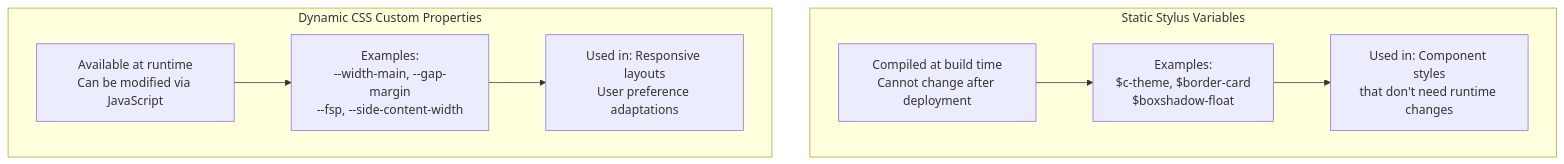
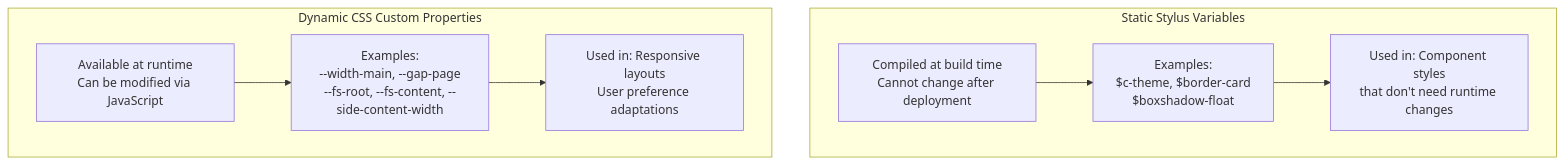
One commit to xaoxuu/hexo-theme-stellar changed the sixth of 7 diagrams in docs/knowledge/01-样式系统/design-tokens.md. Above: the diagram before and after it, drawn with Mermaid. The commit also changed other lines of this file and 41 other files, not shown here.

````diff
--- a/docs/knowledge/01-样式系统/design-tokens.md
+++ b/docs/knowledge/01-样式系统/design-tokens.md
@@ -405,19 +409,19 @@
 ```mermaid
 graph TB
     subgraph "Static Stylus Variables"
         STATIC["Compiled at build time<br/>Cannot change after deployment"]
         EXSTATIC["Examples:<br/>$c-theme, $border-card<br/>$boxshadow-float"]
         USESTATIC["Used in: Component styles<br/>that don't need runtime changes"]
     end
     
     subgraph "Dynamic CSS Custom Properties"
         DYNAMIC["Available at runtime<br/>Can be modified via JavaScript"]
-        EXDYNAMIC["Examples:<br/>--width-main, --gap-margin<br/>--fsp, --side-content-width"]
+        EXDYNAMIC["Examples:<br/>--width-main, --gap-page<br/>--fs-root, --fs-content, --side-content-width"]
         USEDYNAMIC["Used in: Responsive layouts<br/>User preference adaptations"]
     end
     
     STATIC --> EXSTATIC
     EXSTATIC --> USESTATIC
     DYNAMIC --> EXDYNAMIC
     EXDYNAMIC --> USEDYNAMIC
 ```
````
